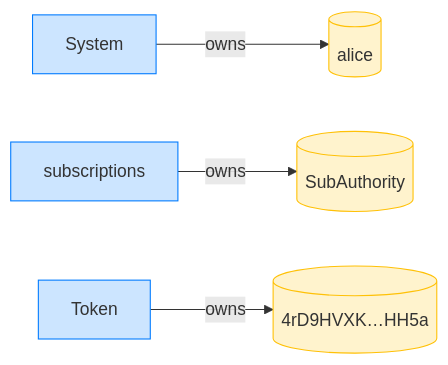
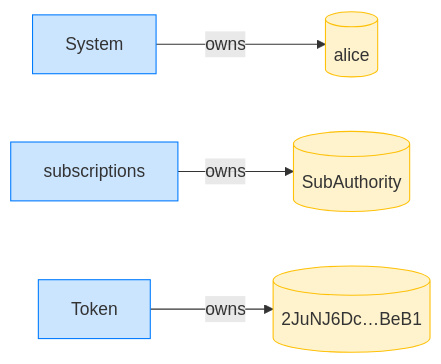
The fourth of 8 diagrams in dsl_tests/create-a-recurring-delegation.md (cds-rs/subscriptions), drawn with Mermaid before and after one commit. The commit also changed other lines of this file and 224 other files, not shown here.

````diff
--- a/dsl_tests/create-a-recurring-delegation.md
+++ b/dsl_tests/create-a-recurring-delegation.md
@@ -73,14 +78,14 @@
 ```mermaid
 flowchart LR
     classDef owner fill:#cce5ff,stroke:#007bff;
     classDef account fill:#fff3cd,stroke:#ffc107;
     System[System]:::owner
     alice[(alice)]:::account
     subscriptions[subscriptions]:::owner
     SubAuthority[(SubAuthority)]:::account
     Token[Token]:::owner
-    4rD9HVXK_HH5a[("4rD9HVXK…HH5a")]:::account
+    2JuNJ6Dc_BeB1[("2JuNJ6Dc…BeB1")]:::account
     System -->|owns| alice
     subscriptions -->|owns| SubAuthority
-    Token -->|owns| 4rD9HVXK_HH5a
+    Token -->|owns| 2JuNJ6Dc_BeB1
 ```
````
